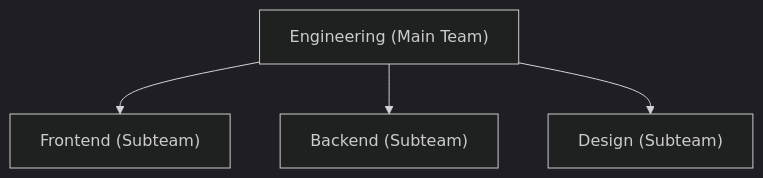
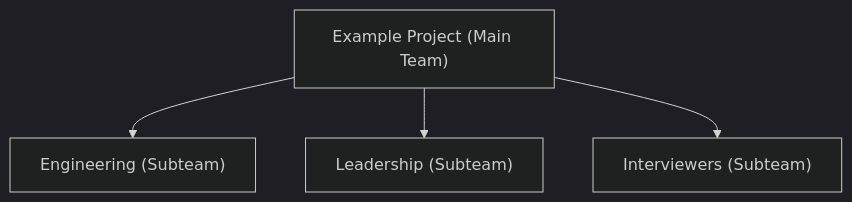
The diagram in docs/people-portal-user-guide/team-management/understanding-teams.md (IanCou/AppDev-CorpWiki), drawn with Mermaid (dark theme) before and after one commit. The commit also changed other lines of this file and 17 other files, not shown here.

````diff
--- a/docs/people-portal-user-guide/team-management/understanding-teams.md
+++ b/docs/people-portal-user-guide/team-management/understanding-teams.md
@@ -29,11 +31,11 @@
 ```mermaid
 graph TD
-    Main["Engineering (Main Team)"]
-    Sub1["Frontend (Subteam)"]
-    Sub2["Backend (Subteam)"]
-    Sub3["Design (Subteam)"]
+    Main["Example Project (Main Team)"]
+    Sub1["Engineering (Subteam)"]
+    Sub2["Leadership (Subteam)"]
+    Sub3["Interviewers (Subteam)"]
 
     Main --> Sub1
     Main --> Sub2
     Main --> Sub3
 ```
````
